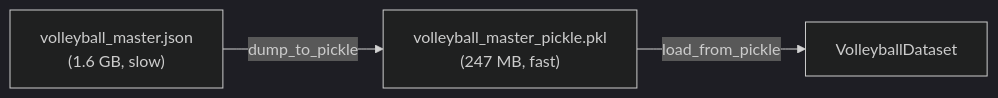
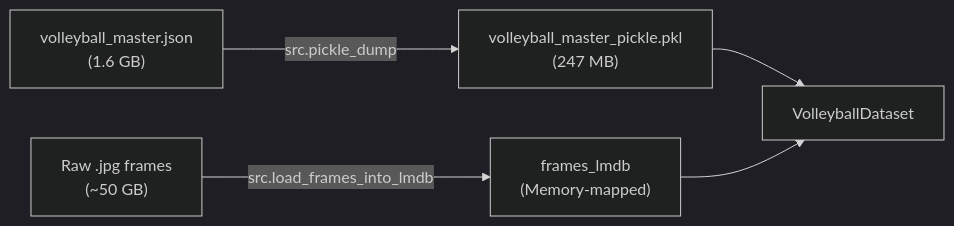
The fourth of 6 diagrams in README.md (omarTBakr/Volleyball-Group-Activity-Recognition), drawn with Mermaid (dark theme) before and after one commit. The commit also changed other lines of this file and 3 other files, not shown here.

````diff
--- a/README.md
+++ b/README.md
@@ -94,5 +99,8 @@
 ```mermaid
 flowchart LR
-    JSON["volleyball_master.json<br>(1.6 GB, slow)"] -->|dump_to_pickle| PKL["volleyball_master_pickle.pkl<br>(247 MB, fast)"]
-    PKL -->|load_from_pickle| DS[VolleyballDataset]
+    JSON["volleyball_master.json<br>(1.6 GB)"] -->|src.pickle_dump| PKL["volleyball_master_pickle.pkl<br>(247 MB)"]
+    RAW["Raw .jpg frames<br>(~50 GB)"] -->|src.load_frames_into_lmdb| LMDB["frames_lmdb<br>(Memory-mapped)"]
+    
+    PKL --> DS[VolleyballDataset]
+    LMDB --> DS
 ```
````
